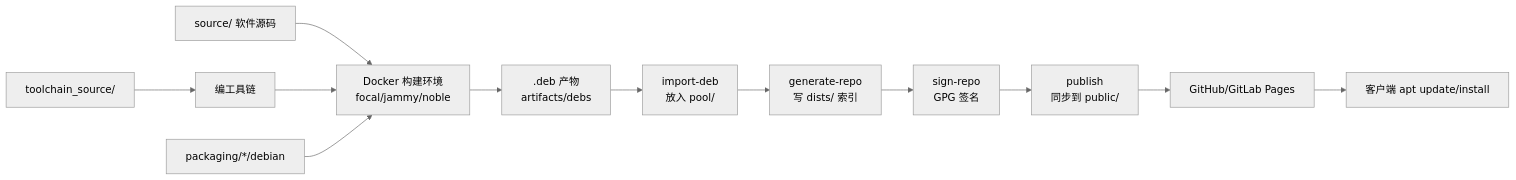
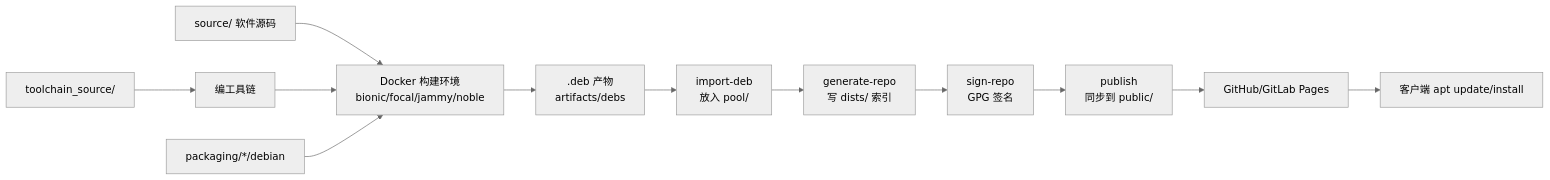
The diagram in 使用与原理说明.md (luhaikong2024/apt-repo), drawn with Mermaid (neutral theme) before and after one commit. The commit also changed other lines of this file and 13 other files, not shown here.

````diff
--- a/使用与原理说明.md
+++ b/使用与原理说明.md
@@ -226,14 +227,14 @@
 ```mermaid
 flowchart LR
-  A[source/ 软件源码] --> D[Docker 构建环境<br/>focal/jammy/noble]
+  A[source/ 软件源码] --> D[Docker 构建环境<br/>bionic/focal/jammy/noble]
   B[toolchain_source/] --> C[编工具链]
   C --> D
   E[packaging/*/debian] --> D
   D --> F[.deb 产物<br/>artifacts/debs]
   F --> G[import-deb<br/>放入 pool/]
   G --> H[generate-repo<br/>写 dists/ 索引]
   H --> I[sign-repo<br/>GPG 签名]
   I --> J[publish<br/>同步到 public/]
   J --> K[GitHub/GitLab Pages]
   K --> L[客户端 apt update/install]
 ```
````
